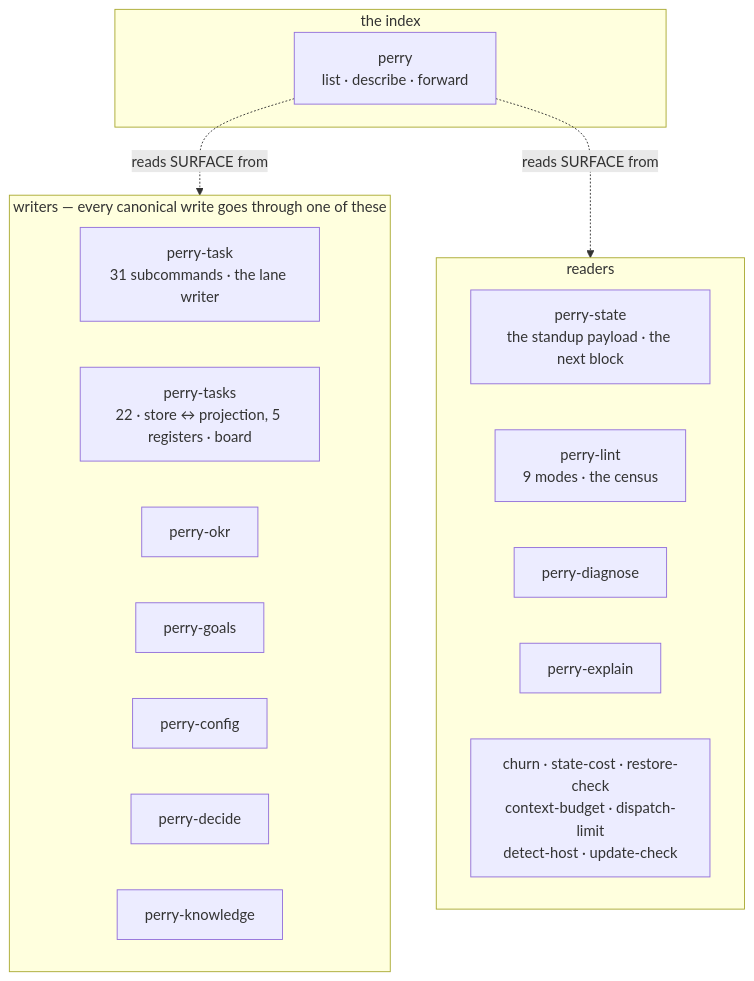
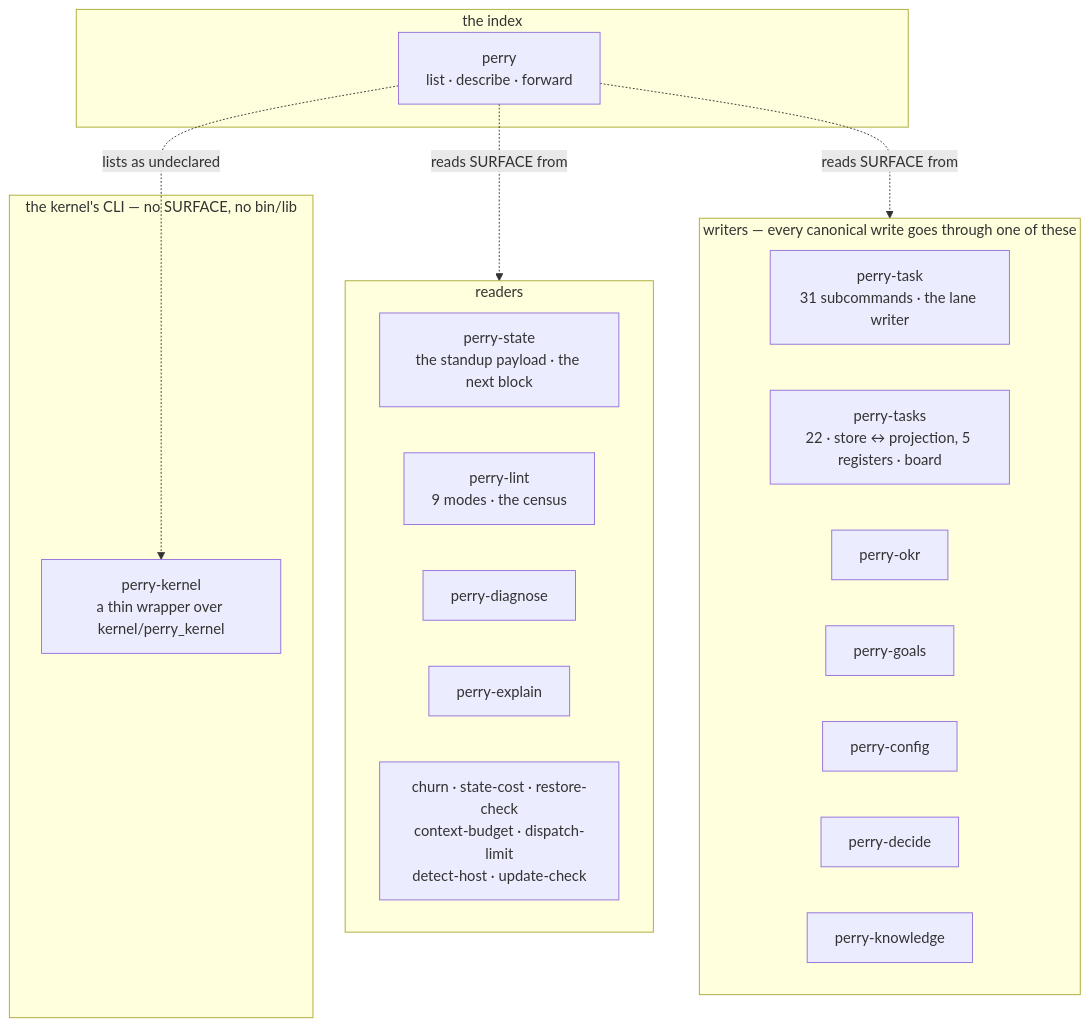
Before and after one commit to ranjiao/Perry: the first of 3 diagrams in bin/ARCHITECTURE.md, drawn with Mermaid. The commit also changed other lines of this file and 1 other file, not shown here.

First line of the commit message:
docs(bin): perry-kernel in the bin/ documents; NN-B3's sunset (TASK-487 round 3)

````diff
--- a/bin/ARCHITECTURE.md
+++ b/bin/ARCHITECTURE.md
@@ -29,24 +29,28 @@
 ```mermaid
 flowchart TD
     subgraph write["writers — every canonical write goes through one of these"]
         Task["perry-task<br/>31 subcommands · the lane writer"]
         Tasks["perry-tasks<br/>22 · store ↔ projection, 5 registers · board"]
         Okr["perry-okr"]
         Goals["perry-goals"]
         Config["perry-config"]
         Decide["perry-decide"]
         Know["perry-knowledge"]
     end
     subgraph read["readers"]
         State["perry-state<br/>the standup payload · the next block"]
         Lint["perry-lint<br/>9 modes · the census"]
         Diag["perry-diagnose"]
         Explain["perry-explain"]
         Others["churn · state-cost · restore-check<br/>context-budget · dispatch-limit<br/>detect-host · update-check"]
     end
     subgraph index["the index"]
         Perry["perry<br/>list · describe · forward"]
     end
+    subgraph kernelcli["the kernel's CLI — no SURFACE, no bin/lib"]
+        Kernel["perry-kernel<br/>a thin wrapper over kernel/perry_kernel"]
+    end
     Perry -.reads SURFACE from.-> write
     Perry -.reads SURFACE from.-> read
+    Perry -.lists as undeclared.-> Kernel
 ```
````
